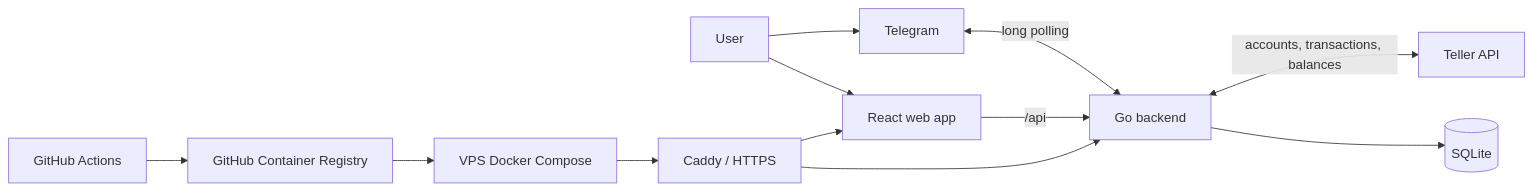
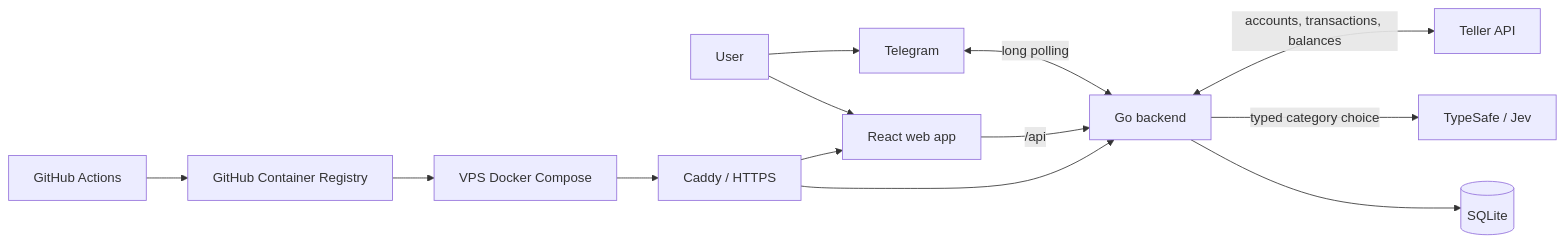
One commit to yohanc3/steer changed the diagram in docs/architecture.md. Above: the diagram before and after it, drawn with Mermaid. The commit also changed other lines of this file and 22 other files, not shown here.

````diff
--- a/docs/architecture.md
+++ b/docs/architecture.md
@@ -5,15 +5,16 @@
 ```mermaid
 flowchart LR
     User[User] --> Telegram[Telegram]
     User --> Web[React web app]
     Telegram <-->|long polling| API[Go backend]
     Web -->|/api| API
     API <-->|accounts, transactions, balances| Teller[Teller API]
+    API -->|typed category choice| Jev[TypeSafe / Jev]
     API --> DB[(SQLite)]
 
     GitHub[GitHub Actions] --> Registry[GitHub Container Registry]
     Registry --> VPS[VPS Docker Compose]
     VPS --> Proxy[Caddy / HTTPS]
     Proxy --> Web
     Proxy --> API
 ```
````
